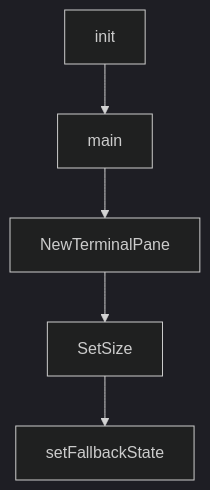
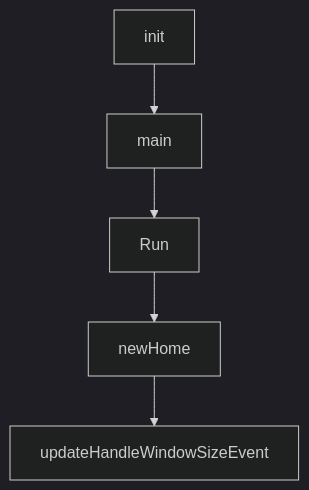
One commit to johnxie/awesome-code-docs changed the diagram in tutorials/claude-squad-tutorial/01-getting-started.md. Above: the diagram before and after it, drawn with Mermaid (dark theme). The commit also changed other lines of this file and 1232 other files, not shown here.

````diff
--- a/tutorials/claude-squad-tutorial/01-getting-started.md
+++ b/tutorials/claude-squad-tutorial/01-getting-started.md
@@ -219,12 +217,12 @@
 ```mermaid
 flowchart TD
     A[init]
     B[main]
-    C[NewTerminalPane]
-    D[SetSize]
-    E[setFallbackState]
+    C[Run]
+    D[newHome]
+    E[updateHandleWindowSizeEvent]
     A --> B
     B --> C
     C --> D
     D --> E
 ```
````
